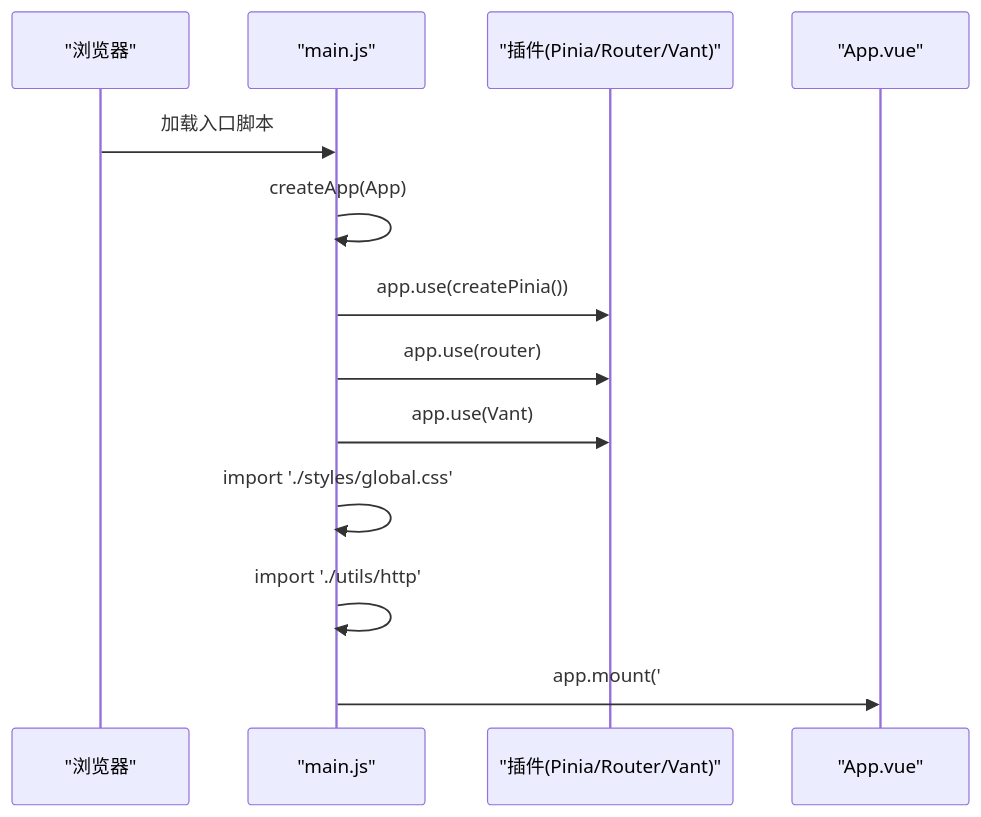
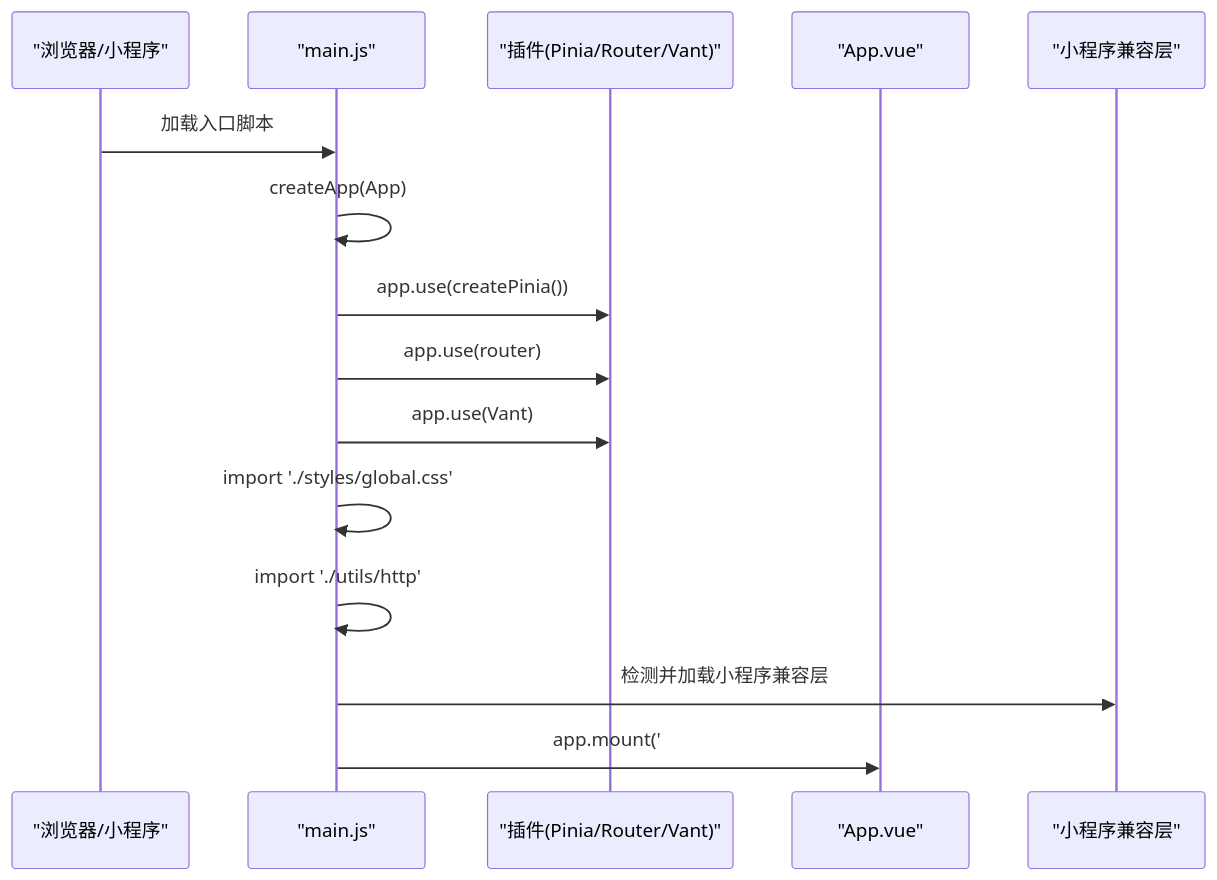
The third of 6 diagrams in .qoder/repowiki/zh/content/前端应用架构/前端应用架构.md (Giraffe-Han/microAPP), drawn with Mermaid before and after one commit. The commit also changed other lines of this file and 8 other files, not shown here.

Commit message:
update: 医疗配送图标改为红底白十字，金刚区医疗配送与服务评价位置互换

````diff
--- a/.qoder/repowiki/zh/content/前端应用架构/前端应用架构.md
+++ b/.qoder/repowiki/zh/content/前端应用架构/前端应用架构.md
@@ -170,15 +202,17 @@
 ```mermaid
 sequenceDiagram
-participant B as "浏览器"
+participant B as "浏览器/小程序"
 participant M as "main.js"
 participant P as "插件(Pinia/Router/Vant)"
 participant A as "App.vue"
+participant MP as "小程序兼容层"
 B->>M : 加载入口脚本
 M->>M : createApp(App)
 M->>P : app.use(createPinia())
 M->>P : app.use(router)
 M->>P : app.use(Vant)
 M->>M : import './styles/global.css'
 M->>M : import './utils/http'
+M->>MP : 检测并加载小程序兼容层
 M->>A : app.mount('#app')
 ```
````
